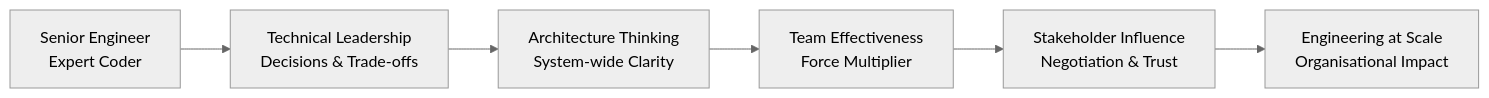
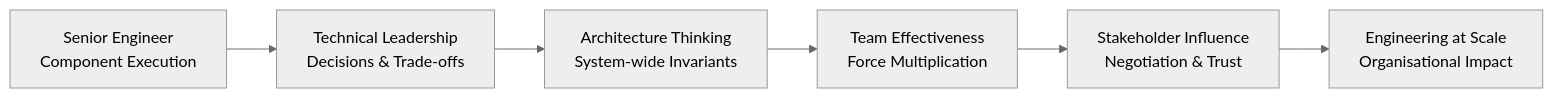
One commit to nitinkc/PrincipalEngineer_InterviewGuide changed the first of 2 diagrams in docs/index.md. Above: the diagram before and after it, drawn with Mermaid (neutral theme). The commit also changed other lines of this file and 27 other files, not shown here.

````diff
--- a/docs/index.md
+++ b/docs/index.md
@@ -10,8 +37,8 @@
 ```mermaid
 graph LR
-    A[Senior Engineer\nExpert Coder] --> B[Technical Leadership\nDecisions & Trade-offs]
-    B --> C[Architecture Thinking\nSystem-wide Clarity]
-    C --> D[Team Effectiveness\nForce Multiplier]
-    D --> E[Stakeholder Influence\nNegotiation & Trust]
-    E --> F[Engineering at Scale\nOrganisational Impact]
+    A["Senior Engineer<br/>Component Execution"] --> B["Technical Leadership<br/>Decisions & Trade-offs"]
+    B --> C["Architecture Thinking<br/>System-wide Invariants"]
+    C --> D["Team Effectiveness<br/>Force Multiplication"]
+    D --> E["Stakeholder Influence<br/>Negotiation & Trust"]
+    E --> F["Engineering at Scale<br/>Organisational Impact"]
 ```
````
